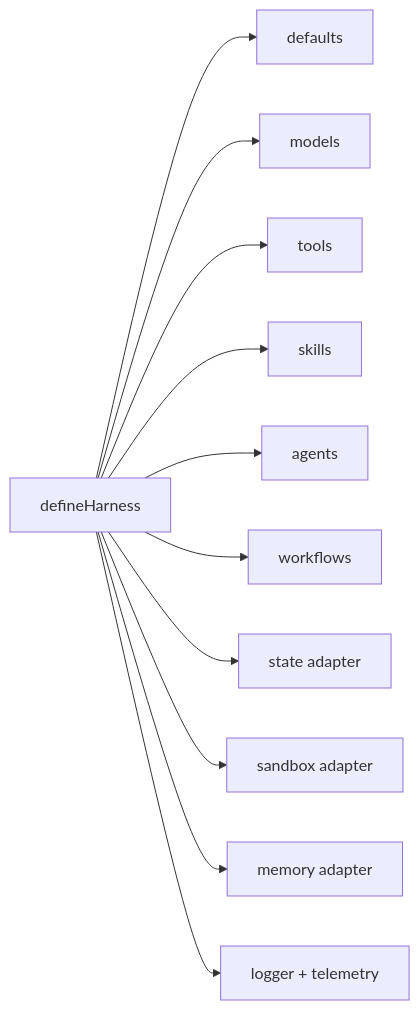
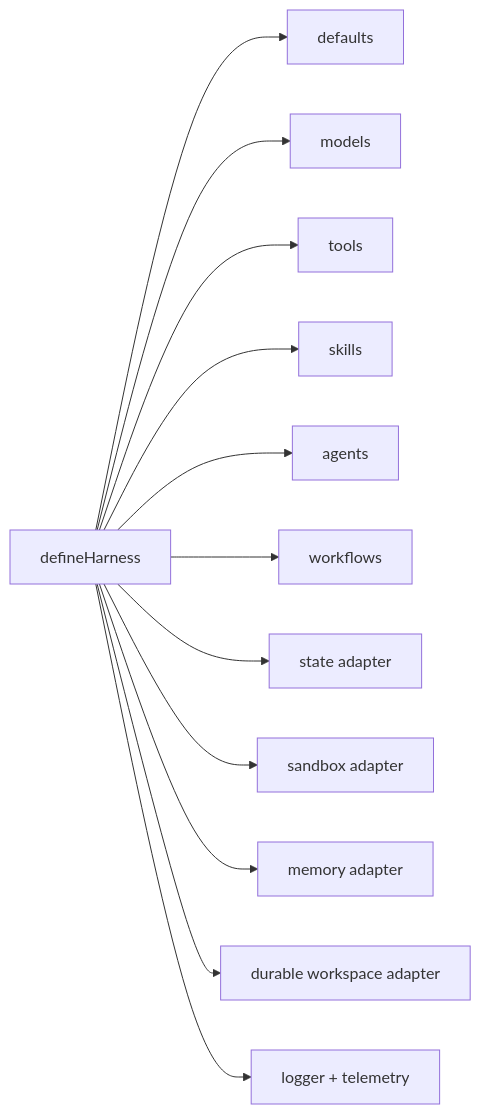
Before and after one commit to puristajs/harness: the diagram in docs/guides/configuration.md, drawn with Mermaid. The commit also changed other lines of this file and 31 other files, not shown here.

Commit message:
feat: add durable workspace replay support

````diff
--- a/docs/guides/configuration.md
+++ b/docs/guides/configuration.md
@@ -29,13 +29,14 @@
 ```mermaid
 flowchart LR
   Harness["defineHarness"] --> Defaults["defaults"]
   Harness --> Models["models"]
   Harness --> Tools["tools"]
   Harness --> Skills["skills"]
   Harness --> Agents["agents"]
   Harness --> Workflows["workflows"]
   Harness --> State["state adapter"]
   Harness --> Sandbox["sandbox adapter"]
   Harness --> Memory["memory adapter"]
+  Harness --> Workspace["durable workspace adapter"]
   Harness --> Telemetry["logger + telemetry"]
 ```
````
